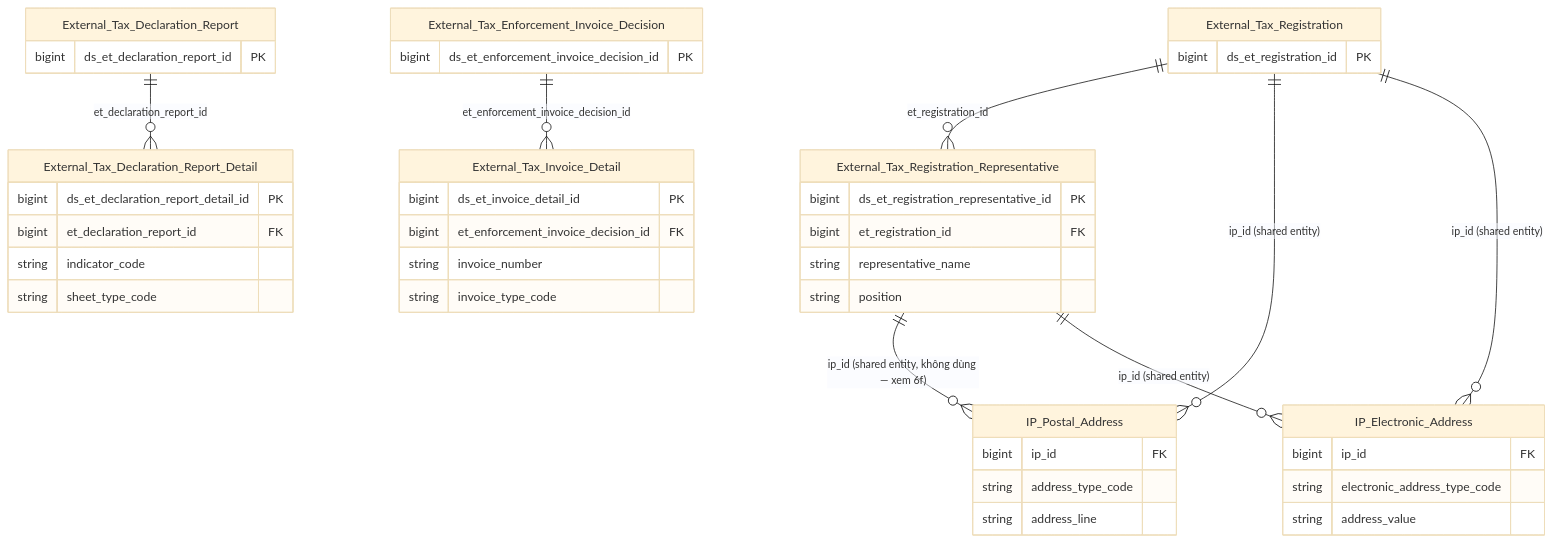
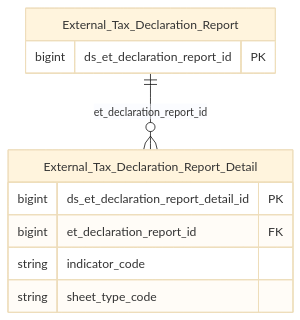
Before and after one commit to linhlvit/ubck_atomic_design: the second of 2 diagrams in DataModel/working/Atomic/hld/KNT_HLD_Tier2.md, drawn with Mermaid (base theme). The commit also changed other lines of this file and 96 other files, not shown here.

````diff
--- a/DataModel/working/Atomic/hld/KNT_HLD_Tier2.md
+++ b/DataModel/working/Atomic/hld/KNT_HLD_Tier2.md
@@ -64,56 +38,15 @@
 ```mermaid
 erDiagram
-    External_Tax_Registration {
-        bigint ds_et_registration_id PK
-    }
-
-    External_Tax_Registration_Representative {
-        bigint ds_et_registration_representative_id PK
-        bigint et_registration_id FK
-        string representative_name
-        string position
-    }
-
     External_Tax_Declaration_Report {
         bigint ds_et_declaration_report_id PK
     }
 
     External_Tax_Declaration_Report_Detail {
         bigint ds_et_declaration_report_detail_id PK
         bigint et_declaration_report_id FK
         string indicator_code
         string sheet_type_code
     }
 
-    IP_Postal_Address {
-        bigint ip_id FK
-        string address_type_code
-        string address_line
-    }
-
-    IP_Electronic_Address {
-        bigint ip_id FK
-        string electronic_address_type_code
-        string address_value
-    }
-
-    External_Tax_Registration ||--o{ External_Tax_Registration_Representative : "et_registration_id"
-    External_Tax_Registration ||--o{ IP_Postal_Address : "ip_id (shared entity)"
-    External_Tax_Registration ||--o{ IP_Electronic_Address : "ip_id (shared entity)"
-    External_Tax_Registration_Representative ||--o{ IP_Postal_Address : "ip_id (shared entity, không dùng — xem 6f)"
-    External_Tax_Registration_Representative ||--o{ IP_Electronic_Address : "ip_id (shared entity)"
     External_Tax_Declaration_Report ||--o{ External_Tax_Declaration_Report_Detail : "et_declaration_report_id"
-
-    External_Tax_Enforcement_Invoice_Decision {
-        bigint ds_et_enforcement_invoice_decision_id PK
-    }
-
-    External_Tax_Invoice_Detail {
-        bigint ds_et_invoice_detail_id PK
-        bigint et_enforcement_invoice_decision_id FK
-        string invoice_number
-        string invoice_type_code
-    }
-
-    External_Tax_Enforcement_Invoice_Decision ||--o{ External_Tax_Invoice_Detail : "et_enforcement_invoice_decision_id"
 ```
````
